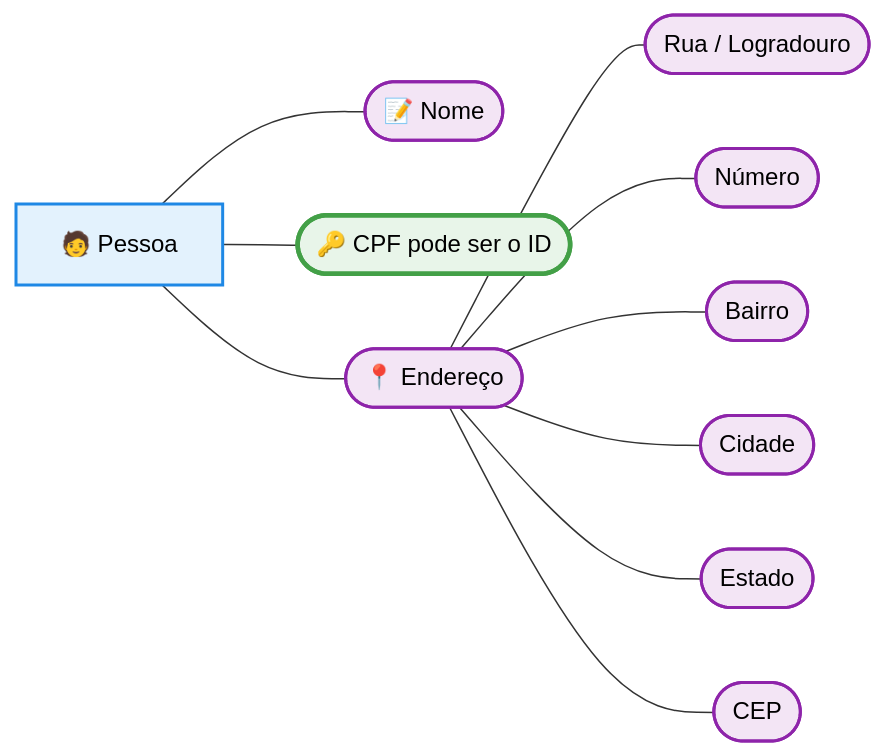
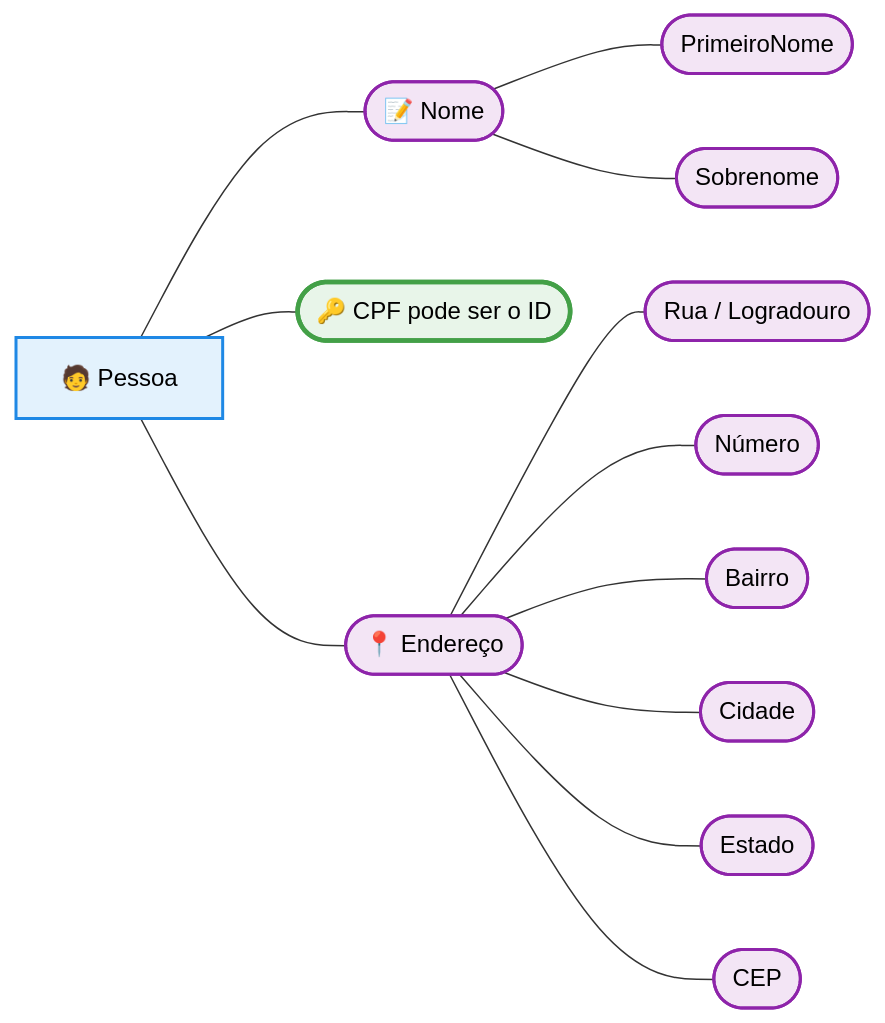
The ninth of 10 diagrams in ModeloEntidadeRelacionamentoI.md (teresathompson/ModelagemDados), drawn with Mermaid before and after one commit.

Commit message:
Adicionar atributos compostos para nome e sobrenome na entidade Pessoa

````diff
--- a/ModeloEntidadeRelacionamentoI.md
+++ b/ModeloEntidadeRelacionamentoI.md
@@ -213,41 +213,45 @@
 ```mermaid
 flowchart LR
     PESSOA[🧑 Pessoa]
 
+    NOME([📝 Nome])
+    NOME_P([PrimeiroNome])
+    SOBRENOME([Sobrenome])
 
-    NOME([📝 Nome])
     CPF([🔑 CPF pode ser o ID])
     ENDERECO([📍 Endereço])
 
     %% Decomposição do endereço
     LOGRADOURO([Rua / Logradouro])
     NUMERO([Número])
     BAIRRO([Bairro])
     CIDADE([Cidade])
     ESTADO([Estado])
     CEP([CEP])
 
     %% Ligações principais
-
     PESSOA --- NOME
     PESSOA --- CPF
     PESSOA --- ENDERECO
 
-    %% Ligações do atributo composto
+    %% Decomposição do nome (atributo composto)
+    NOME --- NOME_P
+    NOME --- SOBRENOME
+
+    %% Ligações do endereço
     ENDERECO --- LOGRADOURO
     ENDERECO --- NUMERO
     ENDERECO --- BAIRRO
     ENDERECO --- CIDADE
     ENDERECO --- ESTADO
     ENDERECO --- CEP
 
     %% Estilos
     classDef entidade fill:#E3F2FD,stroke:#1E88E5,stroke-width:2px,color:#000;
     classDef atributo fill:#F3E5F5,stroke:#8E24AA,stroke-width:2px,color:#000;
     classDef chave fill:#E8F5E9,stroke:#43A047,stroke-width:3px,color:#000;
 
     class PESSOA entidade;
-    class NOME,ENDERECO,LOGRADOURO,NUMERO,BAIRRO,CIDADE,ESTADO,CEP atributo;
-    class ID,CPF chave;
-
+    class NOME,NOME_P,SOBRENOME,ENDERECO,LOGRADOURO,NUMERO,BAIRRO,CIDADE,ESTADO,CEP atributo;
+    class CPF chave;
 ```
````
